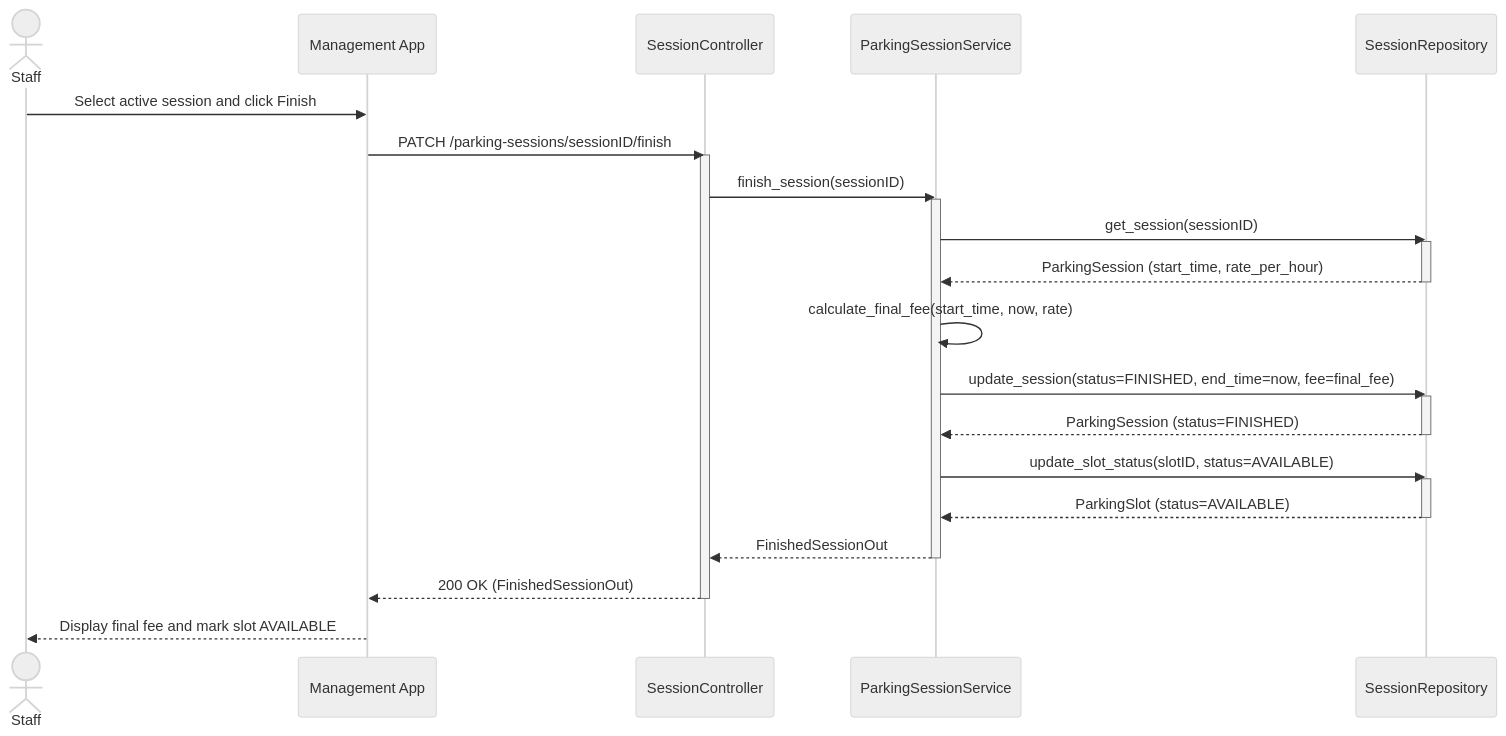
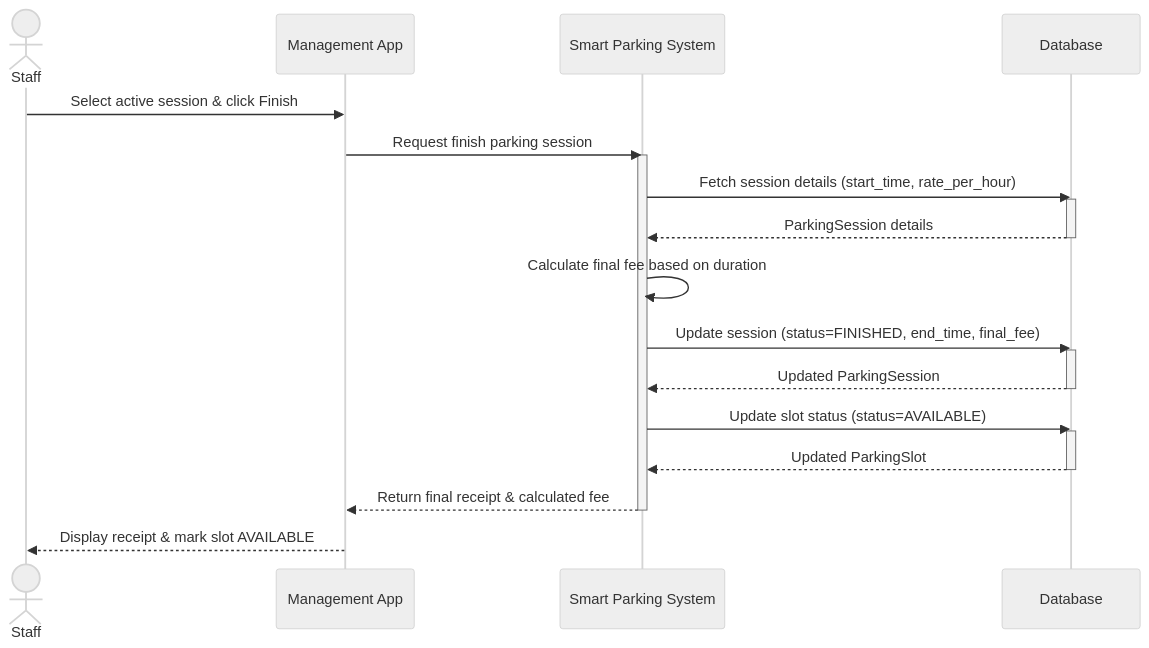
Diagram 14 of 16 in docs/Smart_Parking_Lot_System_Documentation.md (kxunsithu/smart-parking-lot-system), drawn with Mermaid (neutral theme) before and after one commit. The commit also changed other lines of this file, not shown here.

````diff
--- a/docs/Smart_Parking_Lot_System_Documentation.md
+++ b/docs/Smart_Parking_Lot_System_Documentation.md
@@ -1347,32 +1282,27 @@
 ```mermaid
 sequenceDiagram
     actor Staff
     participant UI as Management App
-    participant API as SessionController
-    participant Service as ParkingSessionService
-    participant DB as SessionRepository
+    participant System as Smart Parking System
+    participant DB as Database
 
-    Staff->>UI: Select active session and click Finish
-    UI->>API: PATCH /parking-sessions/sessionID/finish
-    activate API
-    API->>Service: finish_session(sessionID)
-    activate Service
-    Service->>DB: get_session(sessionID)
+    Staff->>UI: Select active session & click Finish
+    UI->>System: Request finish parking session
+    activate System
+    System->>DB: Fetch session details (start_time, rate_per_hour)
     activate DB
-    DB-->>Service: ParkingSession (start_time, rate_per_hour)
+    DB-->>System: ParkingSession details
     deactivate DB
-    Service->>Service: calculate_final_fee(start_time, now, rate)
-    Service->>DB: update_session(status=FINISHED, end_time=now, fee=final_fee)
+    System->>System: Calculate final fee based on duration
+    System->>DB: Update session (status=FINISHED, end_time, final_fee)
     activate DB
-    DB-->>Service: ParkingSession (status=FINISHED)
+    DB-->>System: Updated ParkingSession
     deactivate DB
-    Service->>DB: update_slot_status(slotID, status=AVAILABLE)
+    System->>DB: Update slot status (status=AVAILABLE)
     activate DB
-    DB-->>Service: ParkingSlot (status=AVAILABLE)
+    DB-->>System: Updated ParkingSlot
     deactivate DB
-    Service-->>API: FinishedSessionOut
-    deactivate Service
-    API-->>UI: 200 OK (FinishedSessionOut)
-    deactivate API
-    UI-->>Staff: Display final fee and mark slot AVAILABLE
+    System-->>UI: Return final receipt & calculated fee
+    deactivate System
+    UI-->>Staff: Display receipt & mark slot AVAILABLE
 ```
````
